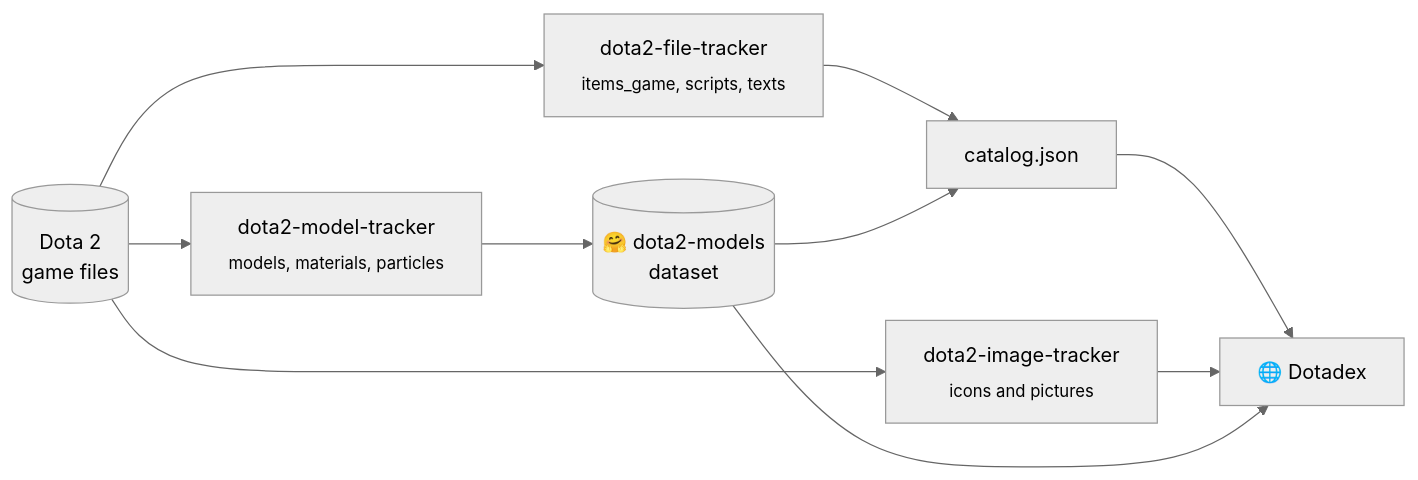
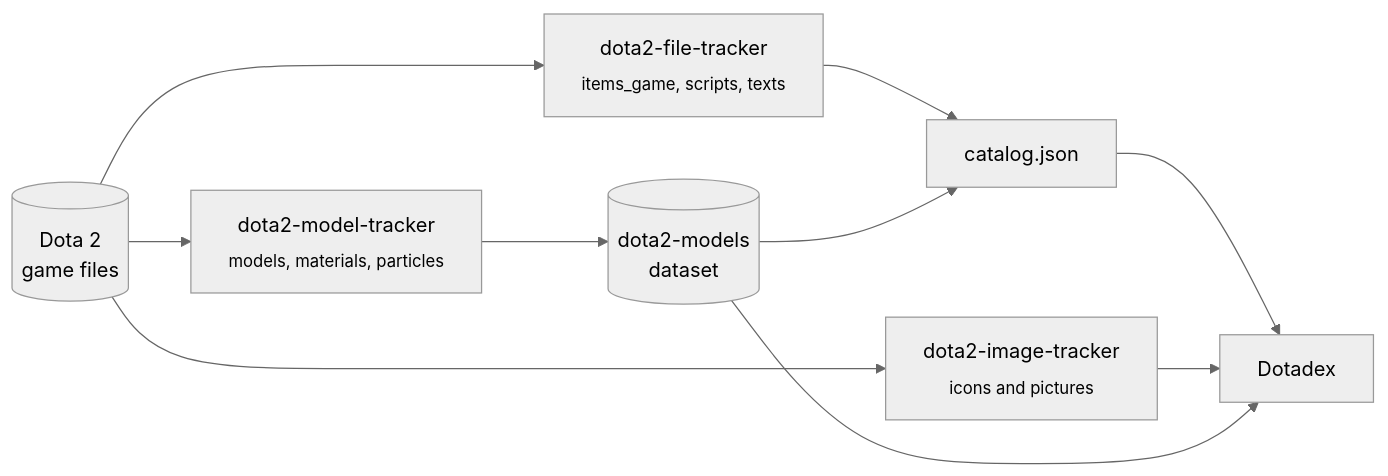
One commit to S1nuxoff/Dotadex changed the diagram in README.md. Above: the diagram before and after it, drawn with Mermaid (neutral theme). The commit also changed other lines of this file and 13 other files, not shown here.

````diff
--- a/README.md
+++ b/README.md
@@ -63,12 +80,12 @@
 ```mermaid
 flowchart LR
     G[("Dota 2<br/>game files")] --> F["dota2-file-tracker<br/><sub>items_game, scripts, texts</sub>"]
     G --> I["dota2-image-tracker<br/><sub>icons and pictures</sub>"]
     G --> M["dota2-model-tracker<br/><sub>models, materials, particles</sub>"]
-    M --> D[("🤗 dota2-models<br/>dataset")]
+    M --> D[("dota2-models<br/>dataset")]
     F --> C["catalog.json"]
     D --> C
-    C --> S["🌐 Dotadex"]
+    C --> S["Dotadex"]
     I --> S
     D --> S
 ```
````
